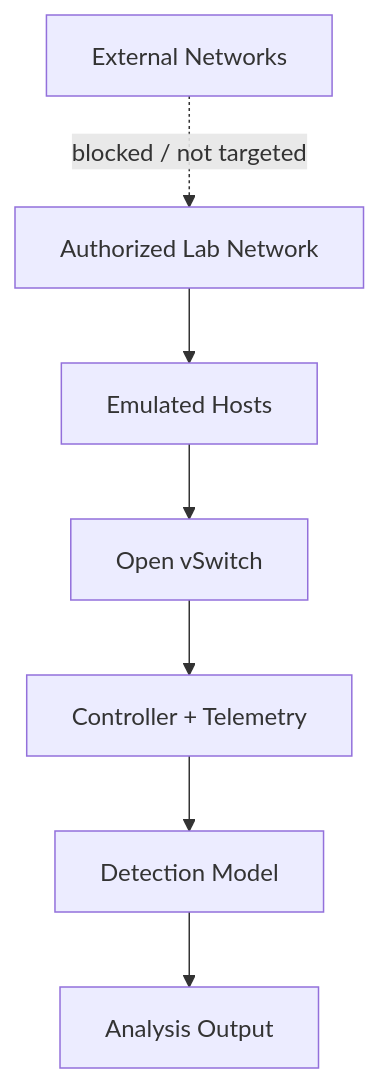
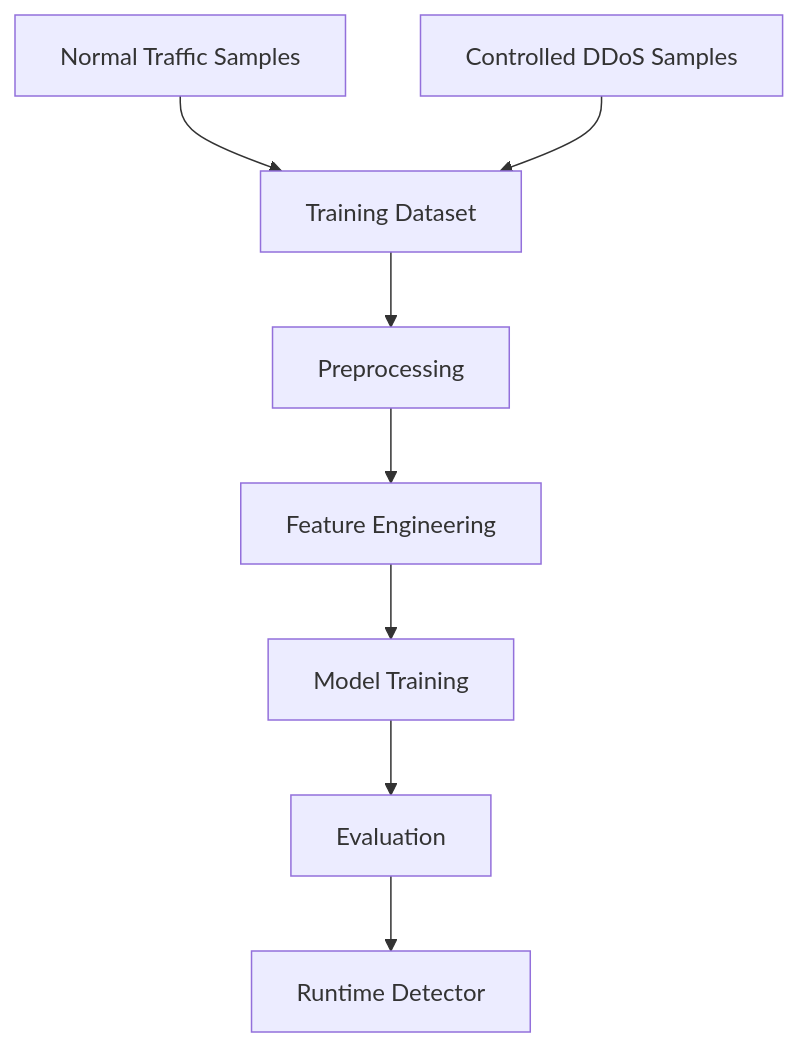
One commit to ns7523/DDoS-attack-in-IoT-Real-Time changed the fourth of 4 diagrams in README.md. Above: the diagram before and after it, drawn with Mermaid. The commit also changed other lines of this file, not shown here.

````diff
--- a/README.md
+++ b/README.md
@@ -139,10 +194,10 @@
 ```mermaid
 flowchart TD
-    A[Authorized Lab Network] --> B[Emulated Hosts]
-    B --> C[Open vSwitch]
-    C --> D[Controller + Telemetry]
-    D --> E[Detection Model]
-    E --> F[Analysis Output]
-
-    X[External Networks] -. blocked / not targeted .-> A
+    A[Normal Traffic Samples] --> C[Training Dataset]
+    B[Controlled DDoS Samples] --> C
+    C --> D[Preprocessing]
+    D --> E[Feature Engineering]
+    E --> F[Model Training]
+    F --> G[Evaluation]
+    G --> H[Runtime Detector]
 ```
````
